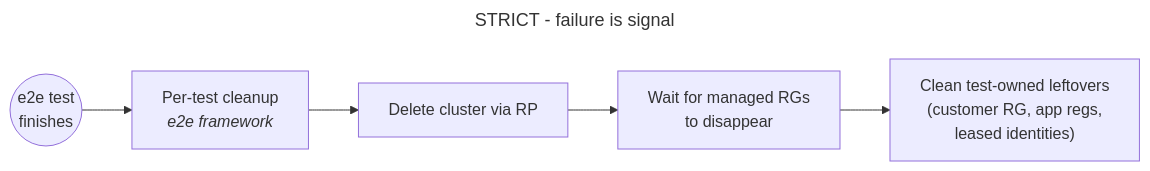
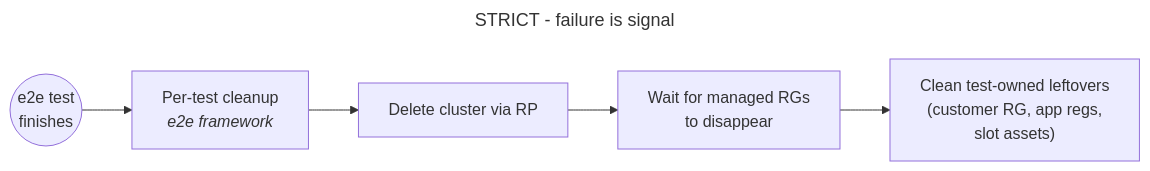
The first of 3 diagrams in docs/ci/cleanup.md (Azure/ARO-HCP), drawn with Mermaid before and after one commit. The commit also changed other lines of this file and 37 other files, not shown here.

````diff
--- a/docs/ci/cleanup.md
+++ b/docs/ci/cleanup.md
@@ -17,10 +11,10 @@
 ```mermaid
 ---
 title: "STRICT - failure is signal"
 ---
 flowchart LR
     testEnd(("e2e test<br/>finishes")) --> e2eCleanup["Per-test cleanup<br/><i>e2e framework</i>"]
     e2eCleanup --> rpDelete["Delete cluster via RP"]
     rpDelete --> waitRg["Wait for managed RGs<br/>to disappear"]
-    waitRg --> leftovers["Clean test-owned leftovers<br/>(customer RG, app regs,<br/>leased identities)"]
+    waitRg --> leftovers["Clean test-owned leftovers<br/>(customer RG, app regs,<br/>slot assets)"]
 ```
````
